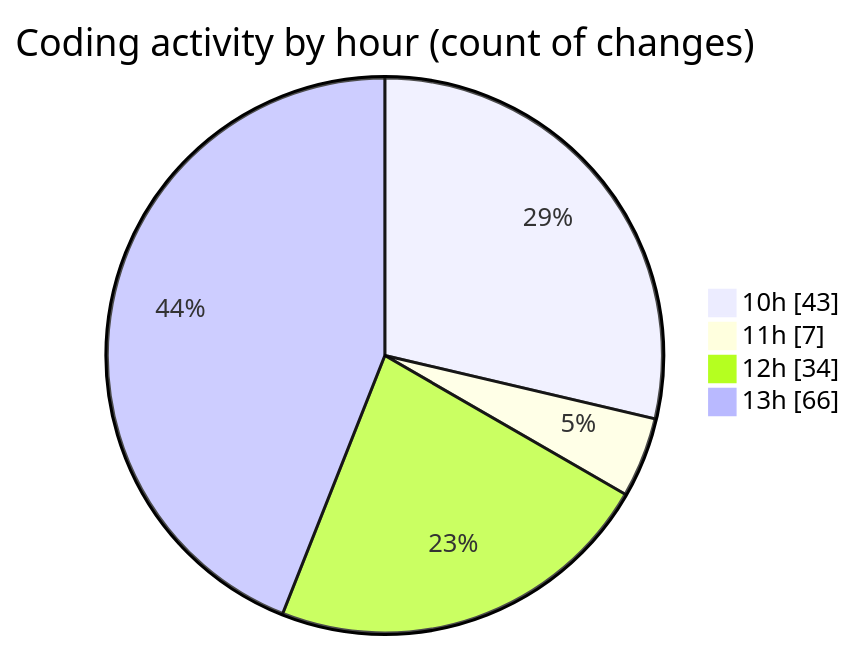
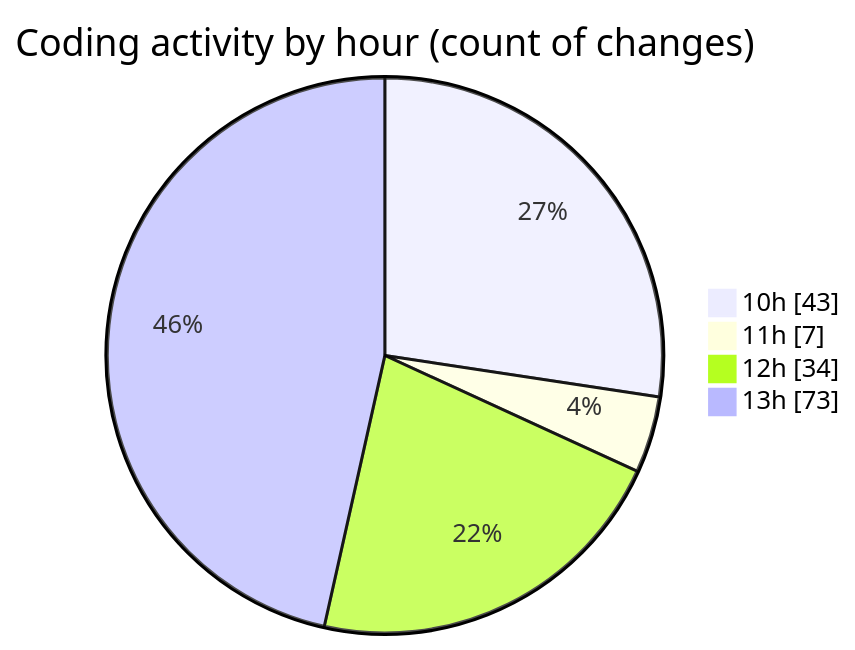
Before and after one commit to momahboobian/code-tracking: the second of 2 diagrams in 2025-10-29/cda/README.md, drawn with Mermaid. The commit also changed other lines of this file and 1 other file, not shown here.

````diff
--- a/2025-10-29/cda/README.md
+++ b/2025-10-29/cda/README.md
@@ -52,8 +52,8 @@
 ```mermaid
 pie showData
 title Coding activity by hour (count of changes)
 "10h" : 43
 "11h" : 7
 "12h" : 34
-"13h" : 66
+"13h" : 73
 ```
````
